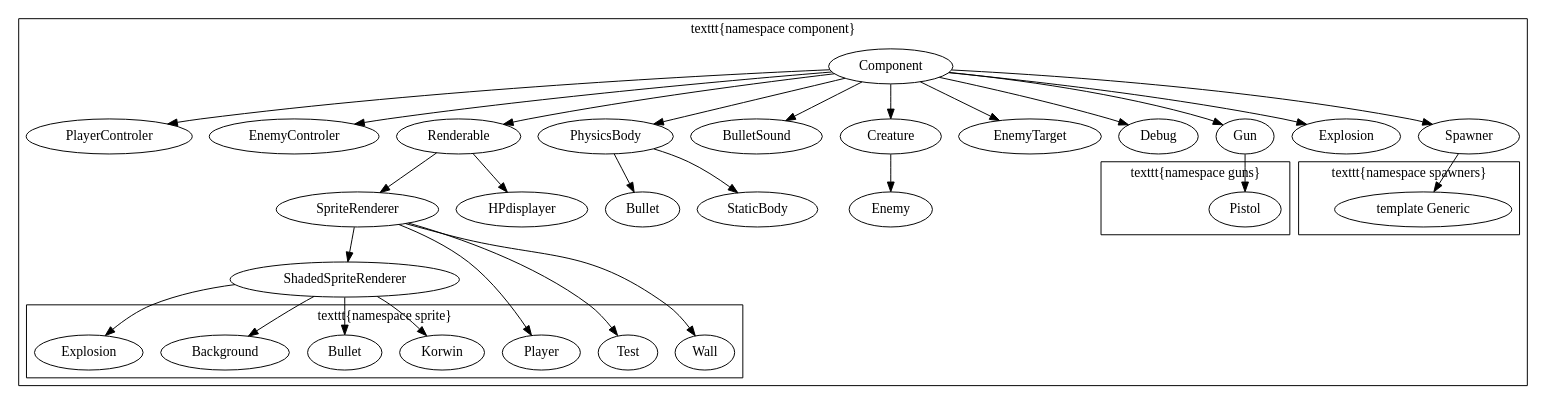
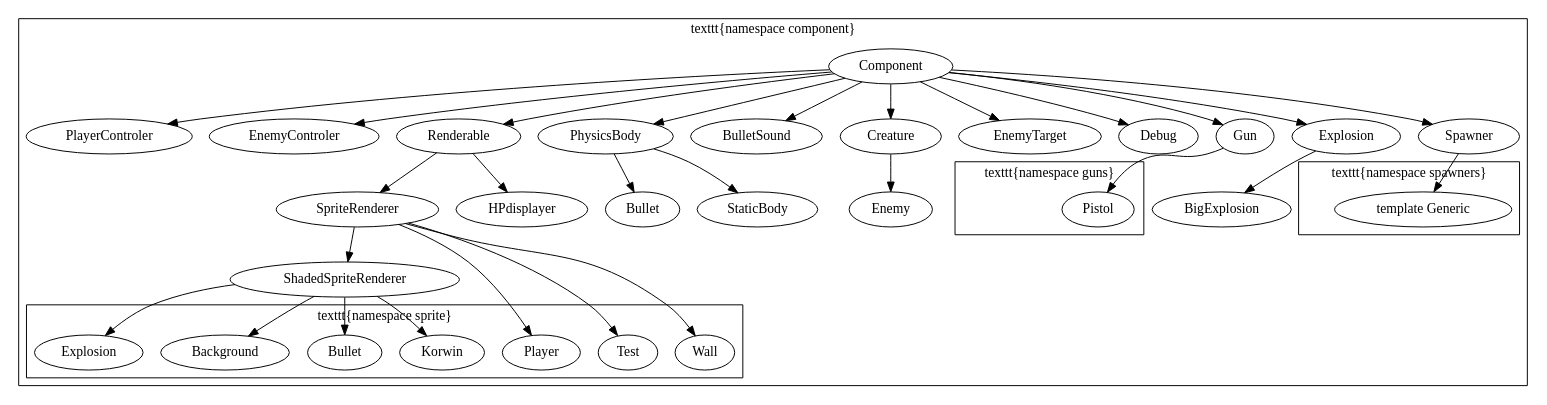
The diagram in docs/renderable.dot (HakierGrzonzo/GrzesSFMLlib), drawn with Graphviz before and after one commit. The commit also changed 7 other files, not shown here.

```diff
--- a/docs/renderable.dot
+++ b/docs/renderable.dot
@@ -1,73 +1,75 @@
 digraph G {
 	subgraph cluster_Component {
 		Component;
 		PlayerControler;
 			Component -> PlayerControler;
 		EnemyControler;
 			Component -> EnemyControler;
 		Renderable;
 			Component -> Renderable;
 		SpriteRenderer;
 			Renderable -> SpriteRenderer;
 		ShadedSpriteRenderer;
 			SpriteRenderer -> ShadedSpriteRenderer;
 		HPdisplayer;
 			Renderable -> HPdisplayer;
 		PhysicsBody;
 			Component -> PhysicsBody;
 		Bullet;
 			PhysicsBody -> Bullet;
 		BulletSound;
 			Component -> BulletSound;
 		Creature;
 			Component -> Creature;
 		Enemy;
 			Creature -> Enemy;
 		EnemyTarget;
 			Component -> EnemyTarget;
 		Debug;
 			Component -> Debug;
 		Gun;
 			Component -> Gun;
 		Explosion;
 			Component -> Explosion;
+        BigExplosion;
+            Explosion -> BigExplosion;
 		Spawner;
 			Component -> Spawner;
 		StaticBody;
 			PhysicsBody -> StaticBody;
 		label="\texttt{namespace component}";
 
 		subgraph cluster_Sprites {
 			Player;
 			BulletSprite [label=Bullet];
 			Background;
 			ExplosionSprite [label=Explosion];
 			Test;
 			Wall;
 			Korwin;
 			label="\texttt{namespace sprite}";
 		}
 		SpriteRenderer -> Wall;
 		SpriteRenderer -> Player;
 		SpriteRenderer -> Test;
 
 		ShadedSpriteRenderer -> BulletSprite;
 		ShadedSpriteRenderer -> Background;
 		ShadedSpriteRenderer -> ExplosionSprite;
 		ShadedSpriteRenderer -> Korwin;
 
 		subgraph cluster_Guns {
 			Pistol;
 			label="\texttt{namespace guns}"
 		}
 		Gun -> Pistol;
 
 		subgraph cluster_Spawners {
 			Generic [label="template Generic"];
 			label="\texttt{namespace spawners}"
 		}
 		Spawner -> Generic;
 
 	}
 
 }
```
